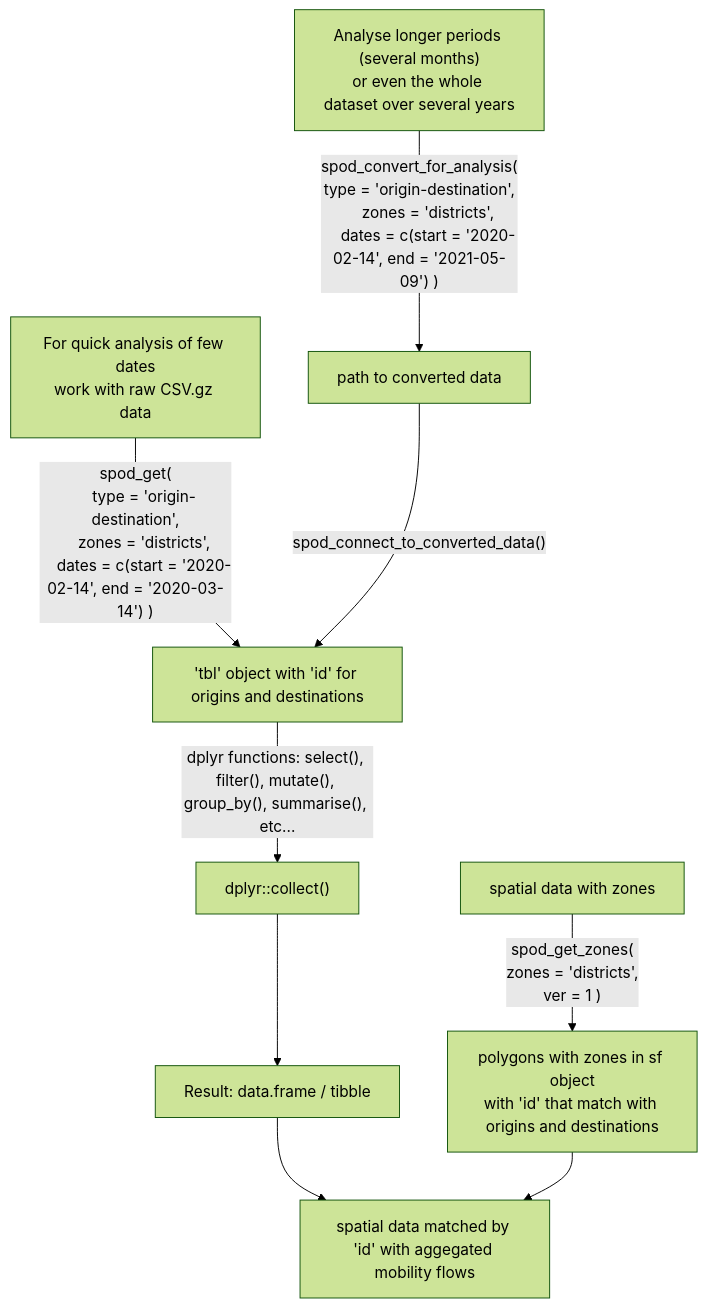
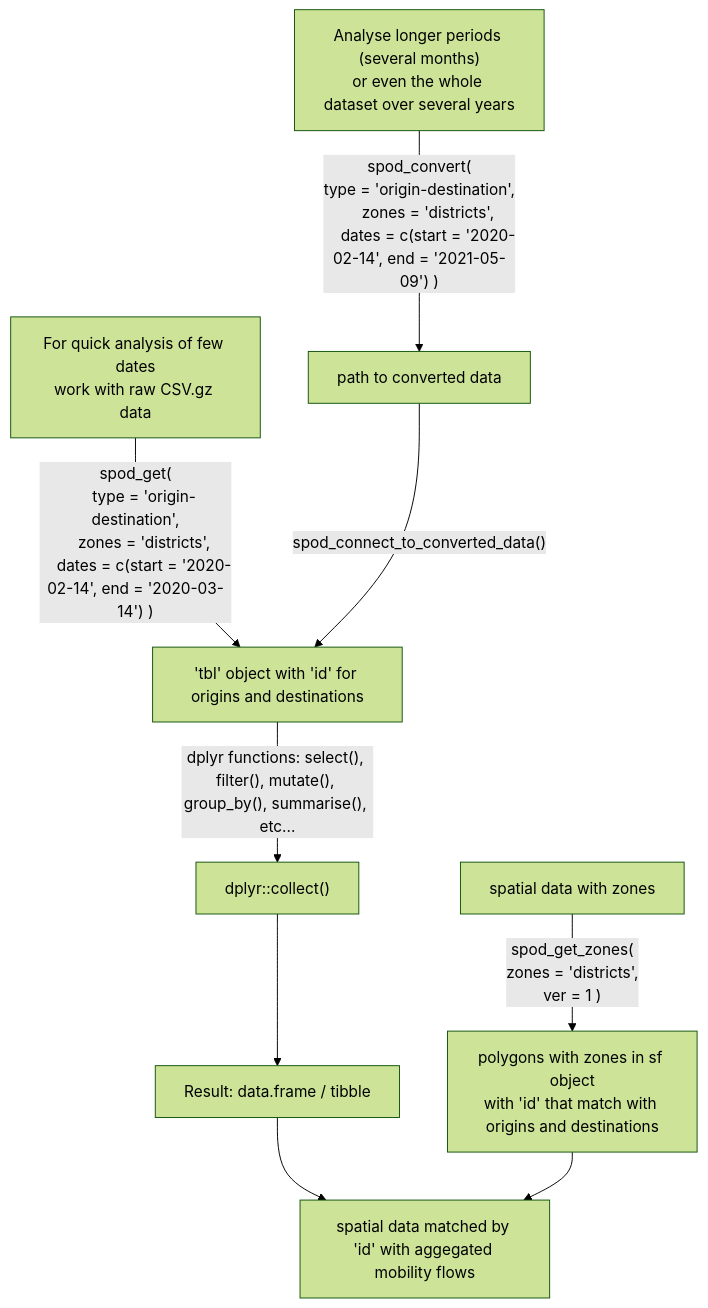
One commit to rOpenSpain/spanishoddata changed the diagram in vignettes/media/mermaid-that-does-not-render.mermaid. Above: the diagram before and after it, drawn with Mermaid (forest theme). The commit also changed 12 other files, not shown here.

Commit message:
Update function name to spod_convert()

```diff
--- a/vignettes/media/mermaid-that-does-not-render.mermaid
+++ b/vignettes/media/mermaid-that-does-not-render.mermaid
@@ -1,20 +1,20 @@
 flowchart TB
     A["For quick analysis of few dates\nwork with raw CSV.gz data"] -->|"spod_get(
     type = 'origin-destination',
     zones = 'districts',
     dates = c(start = '2020-02-14', end = '2020-03-14') )"
     | F["'tbl' object with 'id' for origins and destinations"]
     
     C["Analyse longer periods (several months)\nor even the whole dataset over several years"]
-    -->|"spod_convert_for_analysis(
+    -->|"spod_convert(
 type = 'origin-destination',
     zones = 'districts',
     dates = c(start = '2020-02-14', end = '2021-05-09') )"| D["path to converted data"]
     D -->|"spod_connect_to_converted_data()" | F["'tbl' object with 'id' for origins and destinations"]
     
     F -->|"dplyr functions: select(), filter(), mutate(), group_by(), summarise(), etc..."| G["dplyr::collect()"]
     G --> H["Result: data.frame / tibble"] --> R[spatial data matched by 'id' with aggegated mobility flows]
 
     X["spatial data with zones"] --> |"spod_get_zones(
     zones = 'districts',
     ver = 1 )"| Y["polygons with zones in sf object\nwith 'id' that match with origins and destinations"] --> R
```
